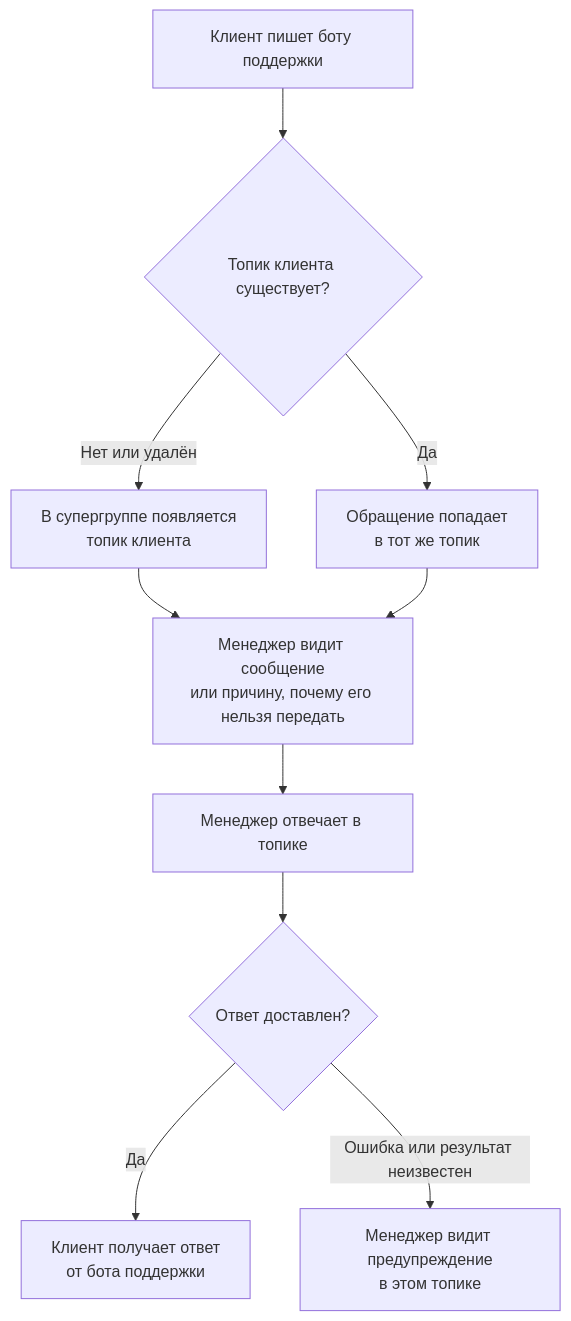
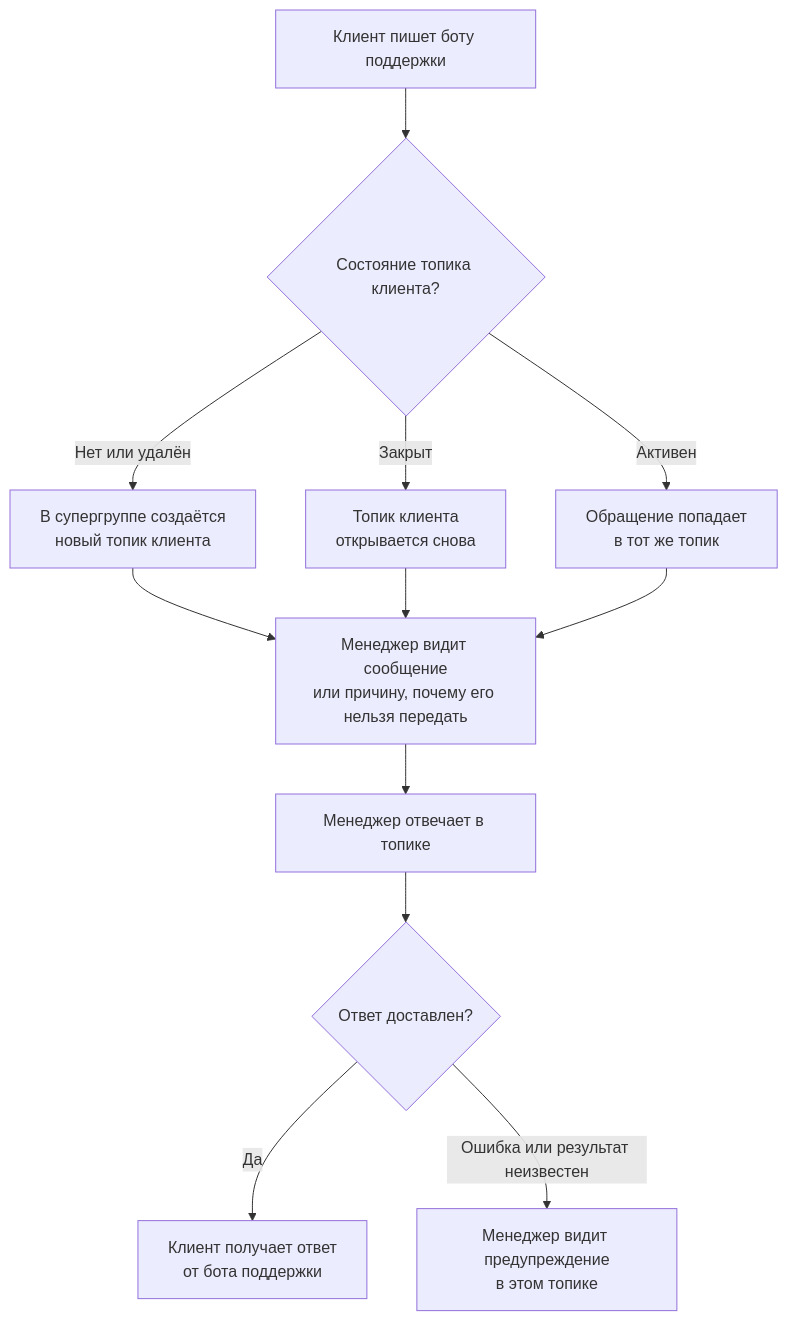
One commit to tryproxy/tg-super-backend changed the second of 5 diagrams in _docs/user-stories.md. Above: the diagram before and after it, drawn with Mermaid. The commit also changed 12 other files, not shown here.

````diff
--- a/_docs/user-stories.md
+++ b/_docs/user-stories.md
@@ -57,12 +57,14 @@
 ```mermaid
 flowchart TD
-    A["Клиент пишет боту поддержки"] --> B{"Топик клиента существует?"}
-    B -->|Нет или удалён| C["В супергруппе появляется<br/>топик клиента"]
-    B -->|Да| D["Обращение попадает<br/>в тот же топик"]
-    C --> E["Менеджер видит сообщение<br/>или причину, почему его нельзя передать"]
-    D --> E
-    E --> F["Менеджер отвечает в топике"]
-    F --> G{"Ответ доставлен?"}
-    G -->|Да| H["Клиент получает ответ<br/>от бота поддержки"]
-    G -->|Ошибка или результат неизвестен| I["Менеджер видит предупреждение<br/>в этом топике"]
+    A["Клиент пишет боту поддержки"] --> B{"Состояние топика клиента?"}
+    B -->|Нет или удалён| C["В супергруппе создаётся<br/>новый топик клиента"]
+    B -->|Закрыт| D["Топик клиента<br/>открывается снова"]
+    B -->|Активен| E["Обращение попадает<br/>в тот же топик"]
+    C --> F["Менеджер видит сообщение<br/>или причину, почему его нельзя передать"]
+    D --> F
+    E --> F
+    F --> G["Менеджер отвечает в топике"]
+    G --> H{"Ответ доставлен?"}
+    H -->|Да| I["Клиент получает ответ<br/>от бота поддержки"]
+    H -->|Ошибка или результат неизвестен| J["Менеджер видит предупреждение<br/>в этом топике"]
 ```
````
